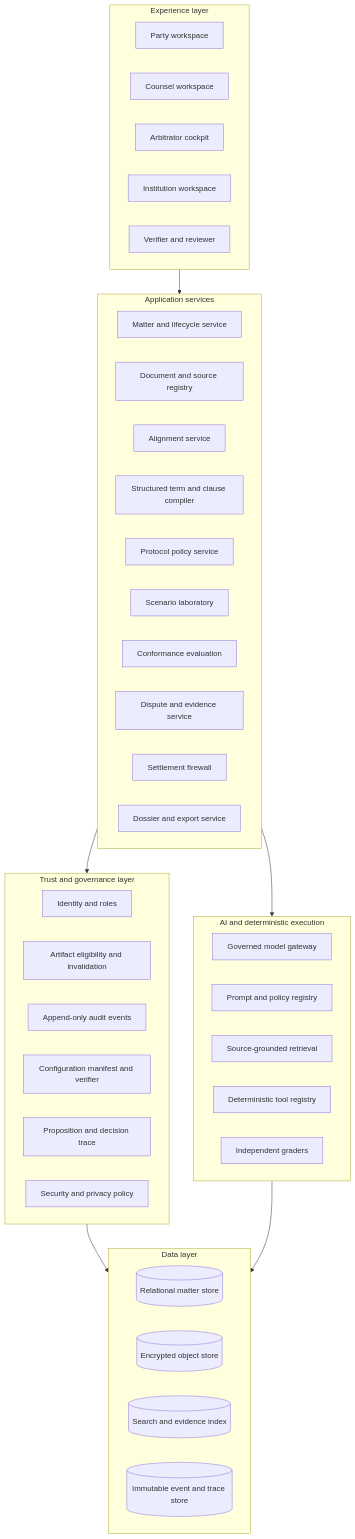
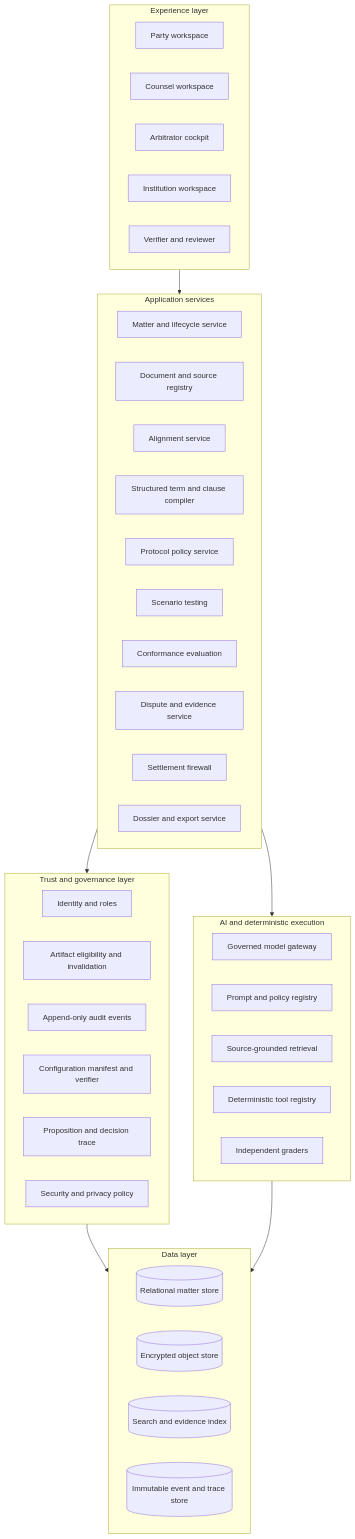
Before and after one commit to duracell04/ZIAAP: the first of 3 diagrams in docs/roadmap/ZIAAP_Concept_to_Validated_Product_Technical_Roadmap_v1.1.md, drawn with Mermaid. The commit also changed other lines of this file and 35 other files, not shown here.

````diff
--- a/docs/roadmap/ZIAAP_Concept_to_Validated_Product_Technical_Roadmap_v1.1.md
+++ b/docs/roadmap/ZIAAP_Concept_to_Validated_Product_Technical_Roadmap_v1.1.md
@@ -109,48 +132,48 @@
 ```mermaid
 flowchart TB
   subgraph UX[Experience layer]
     P1[Party workspace]
     C1[Counsel workspace]
     A1[Arbitrator cockpit]
     I1[Institution workspace]
     V1[Verifier and reviewer]
   end
   subgraph APP[Application services]
     M[Matter and lifecycle service]
     ING[Document and source registry]
     AL[Alignment service]
     CC[Structured term and clause compiler]
     POL[Protocol policy service]
-    LAB[Scenario laboratory]
+    LAB[Scenario testing]
     EV[Conformance evaluation]
     DIS[Dispute and evidence service]
     SET[Settlement firewall]
     DOS[Dossier and export service]
   end
   subgraph TRUST[Trust and governance layer]
     ID[Identity and roles]
     ART[Artifact eligibility and invalidation]
     LED[Append-only audit events]
     MAN[Configuration manifest and verifier]
     TRACE[Proposition and decision trace]
     SEC[Security and privacy policy]
   end
   subgraph AI[AI and deterministic execution]
     GW[Governed model gateway]
     PR[Prompt and policy registry]
     RET[Source-grounded retrieval]
     TOOL[Deterministic tool registry]
     GR[Independent graders]
   end
   subgraph DATA[Data layer]
     DB[(Relational matter store)]
     OBJ[(Encrypted object store)]
     IDX[(Search and evidence index)]
     EVT[(Immutable event and trace store)]
   end
   UX --> APP
   APP --> TRUST
   APP --> AI
   TRUST --> DATA
   AI --> DATA
 ```
````
